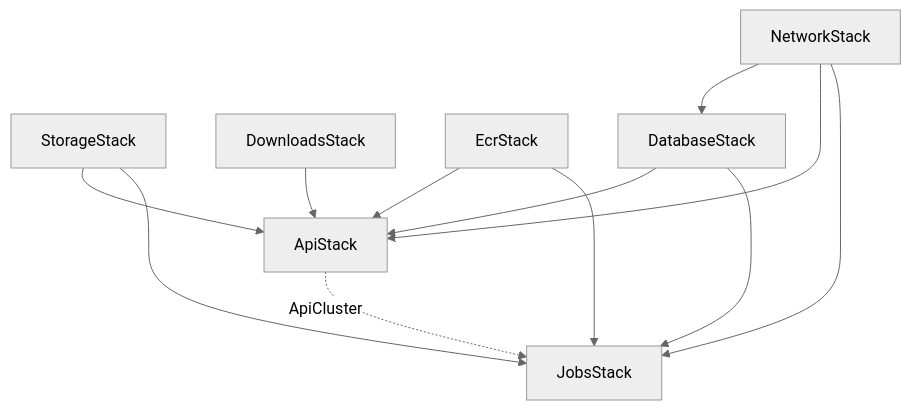
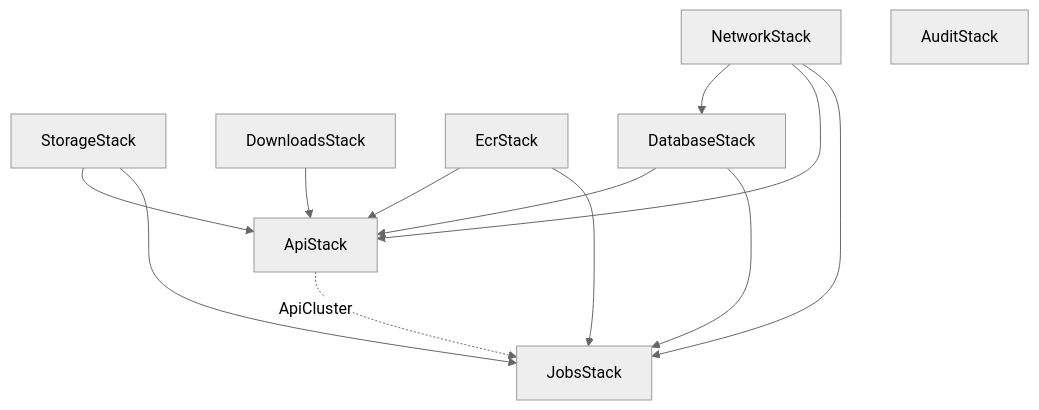
Before and after one commit to AI-Institute-Food-Systems/foodatlas: the third of 3 diagrams in infra/README.md, drawn with Mermaid (neutral theme). The commit also changed other lines of this file and 5 other files, not shown here.

First line of the commit message:
feat(infra): account-wide CloudTrail trail in a new AuditStack

````diff
--- a/infra/README.md
+++ b/infra/README.md
@@ -123,22 +124,23 @@
 ```mermaid
 flowchart TB
     network[NetworkStack]
     storage[StorageStack]
     downloads[DownloadsStack]
     ecr[EcrStack]
     db[DatabaseStack]
     api[ApiStack]
     jobs[JobsStack]
+    audit[AuditStack]
 
     network --> db
     network --> api
     network --> jobs
     storage --> api
     storage --> jobs
     downloads --> api
     ecr --> api
     ecr --> jobs
     db --> api
     db --> jobs
     api -.->|"ApiCluster"| jobs
 ```
````
